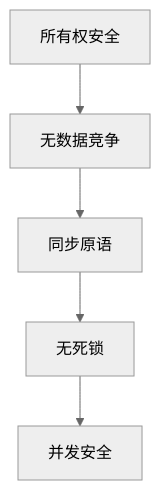
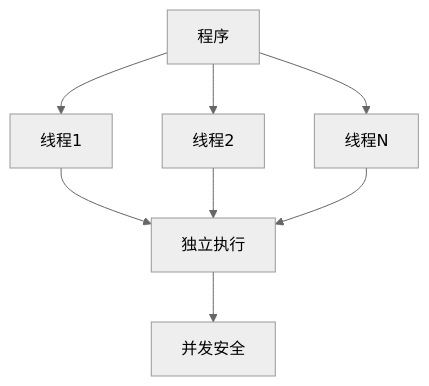
One commit to martin-ly/rust-lang changed the first of 2 diagrams in formal_rust/refactor/01_core_theory/05_concurrency_model/01_concurrency_theory.md. Above: the diagram before and after it, drawn with Mermaid (neutral theme). The commit also changed other lines of this file and 3863 other files, not shown here.

````diff
--- a/formal_rust/refactor/01_core_theory/05_concurrency_model/01_concurrency_theory.md
+++ b/formal_rust/refactor/01_core_theory/05_concurrency_model/01_concurrency_theory.md
@@ -315,7 +481,10 @@
 ```mermaid
 graph TD
-    A[所有权安全] --> B[无数据竞争]
-    B --> C[同步原语]
-    C --> D[无死锁]
-    D --> E[并发安全]
+    A[程序] --> B[线程1]
+    A --> C[线程2]
+    A --> D[线程N]
+    B --> E[独立执行]
+    C --> E
+    D --> E
+    E --> F[并发安全]
 ```
````
